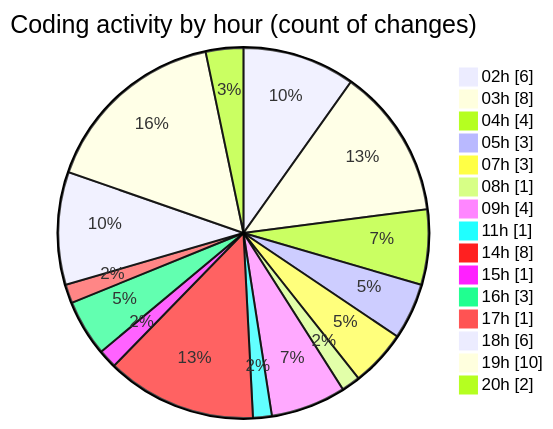
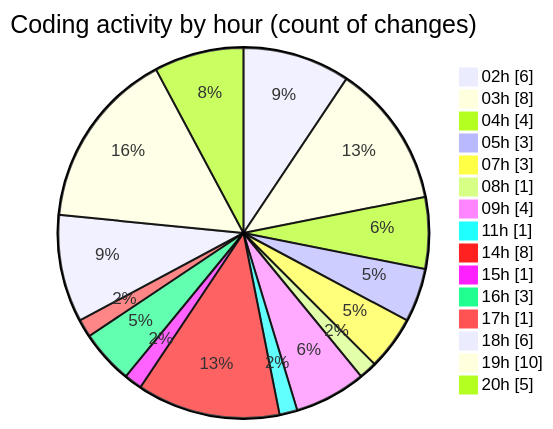
The second of 2 diagrams in 2025-07-03/cursor/README.md (FelipKnott/code-tracking), drawn with Mermaid before and after one commit. The commit also changed other lines of this file and 1 other file, not shown here.

````diff
--- a/2025-07-03/cursor/README.md
+++ b/2025-07-03/cursor/README.md
@@ -44,19 +47,19 @@
 ```mermaid
 pie showData
 title Coding activity by hour (count of changes)
 "02h" : 6
 "03h" : 8
 "04h" : 4
 "05h" : 3
 "07h" : 3
 "08h" : 1
 "09h" : 4
 "11h" : 1
 "14h" : 8
 "15h" : 1
 "16h" : 3
 "17h" : 1
 "18h" : 6
 "19h" : 10
-"20h" : 2
+"20h" : 5
 ```
````
